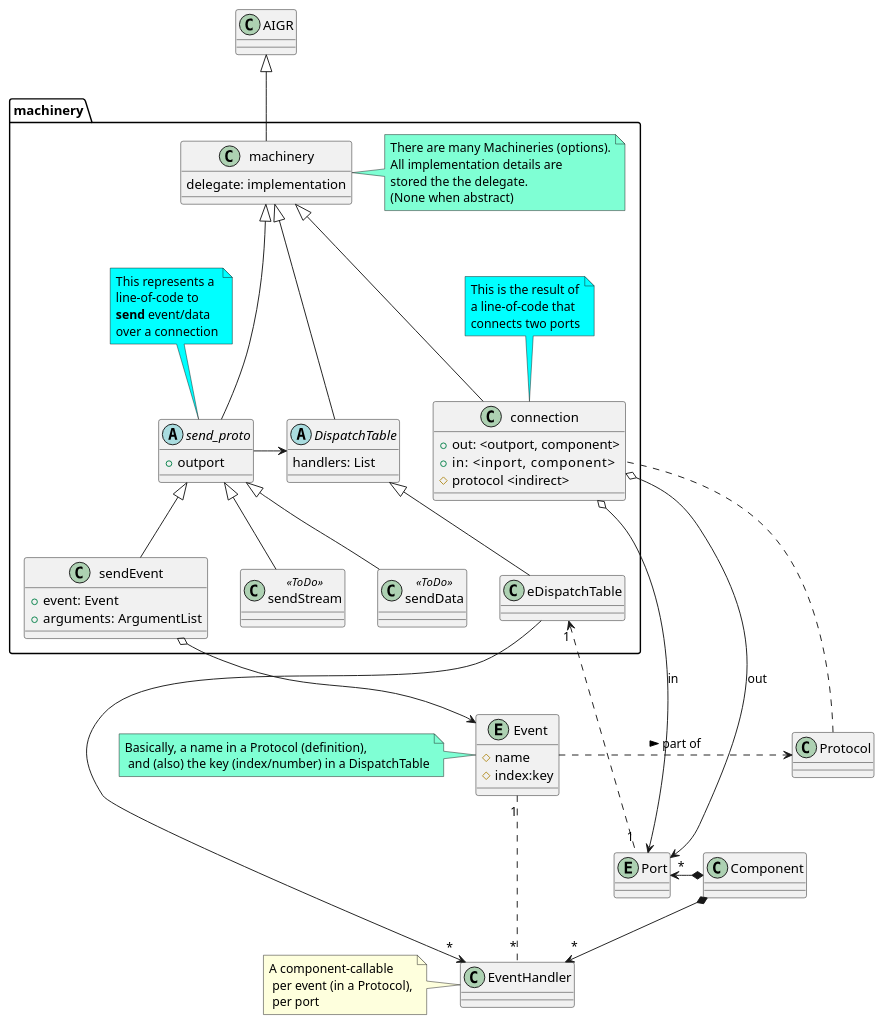
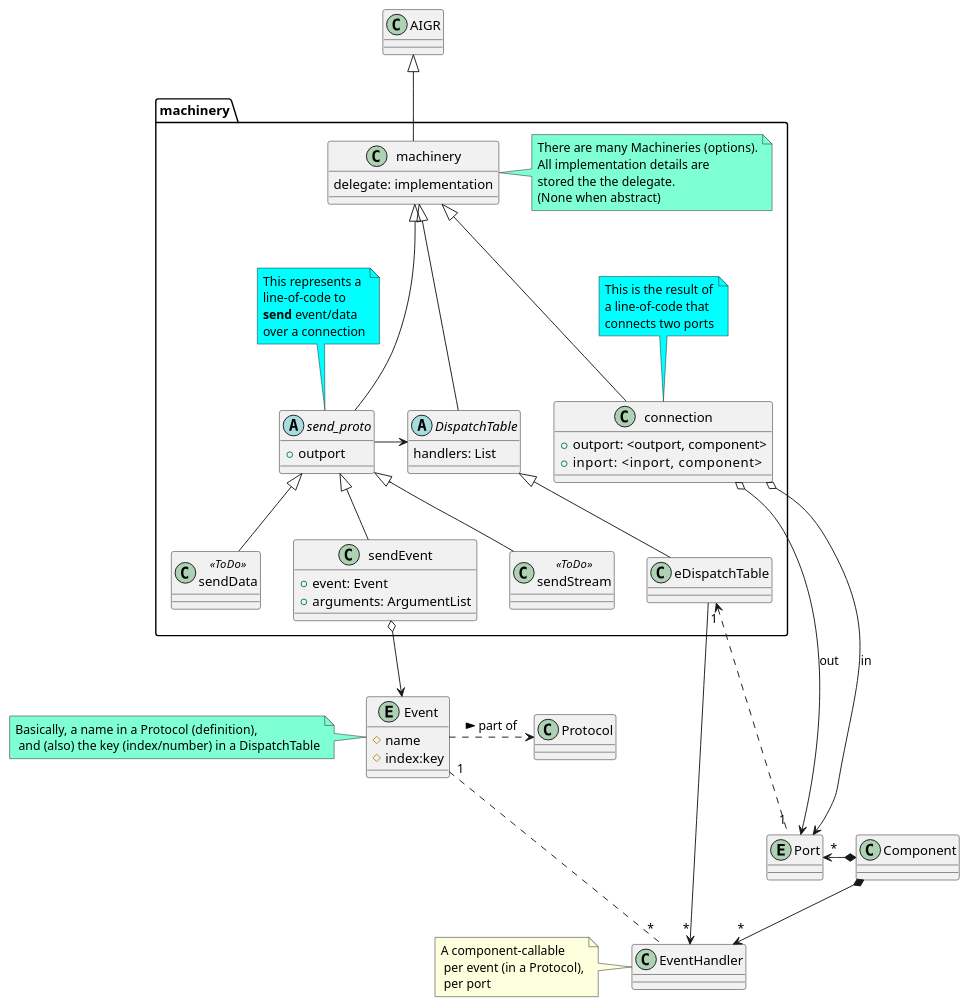
Before and after one commit to AlbertMietus/DocIdeas.hg: the diagram in CCastle/DocParts/Design/50.notes/240408-aigr-machinery.rst, drawn with PlantUML. The commit also changed 2 other files, not shown here.

Commit message:
Aligned 'TheSieve blog code' with (manual) RPy code [See: Sieve_in_rPython/basic-1]

```diff
--- a/CCastle/DocParts/Design/50.notes/240408-aigr-machinery.rst
+++ b/CCastle/DocParts/Design/50.notes/240408-aigr-machinery.rst
@@ -46,9 +46,8 @@
    send_proto -> DispatchTable
 
    class connection {
-     + out: <outport, component>
-     + in:    <inport,  component>
-     # protocol <indirect>
+     + outport: <outport, component>
+     + inport:    <inport,  component>
    }
    note top #aqua
      This is the result of
@@ -89,6 +88,5 @@
 
    Event "1".. "*" EventHandler
    Event .> Protocol: > part of
-   Protocol ... connection
 
    @enduml
```
